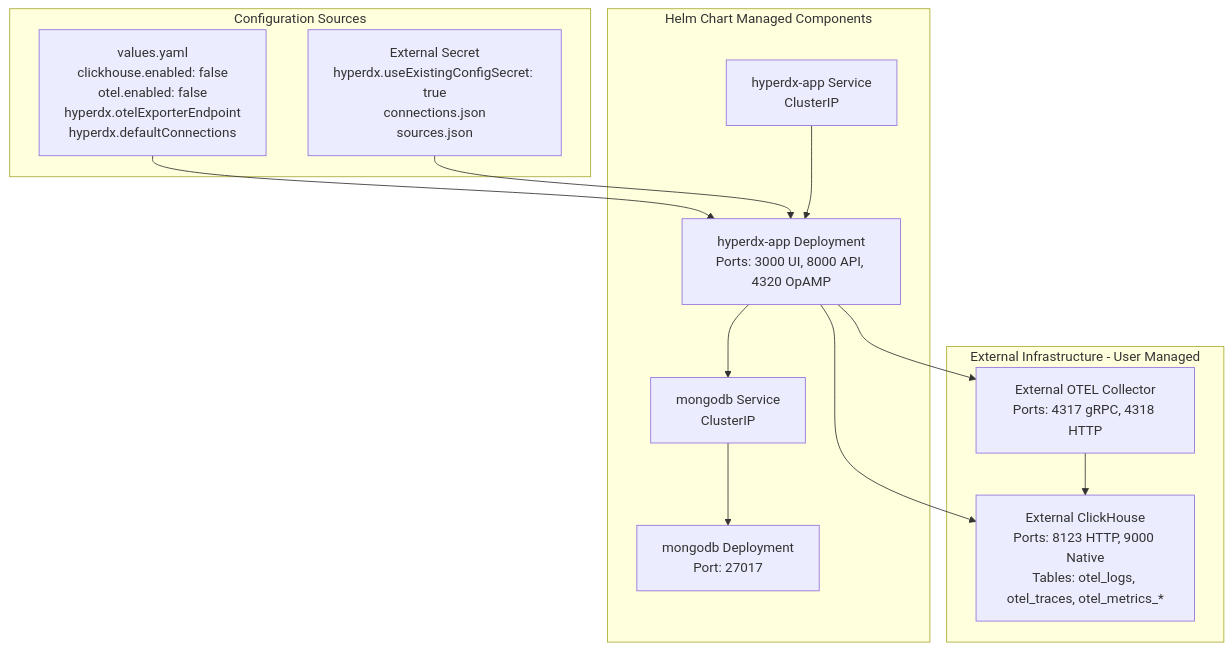
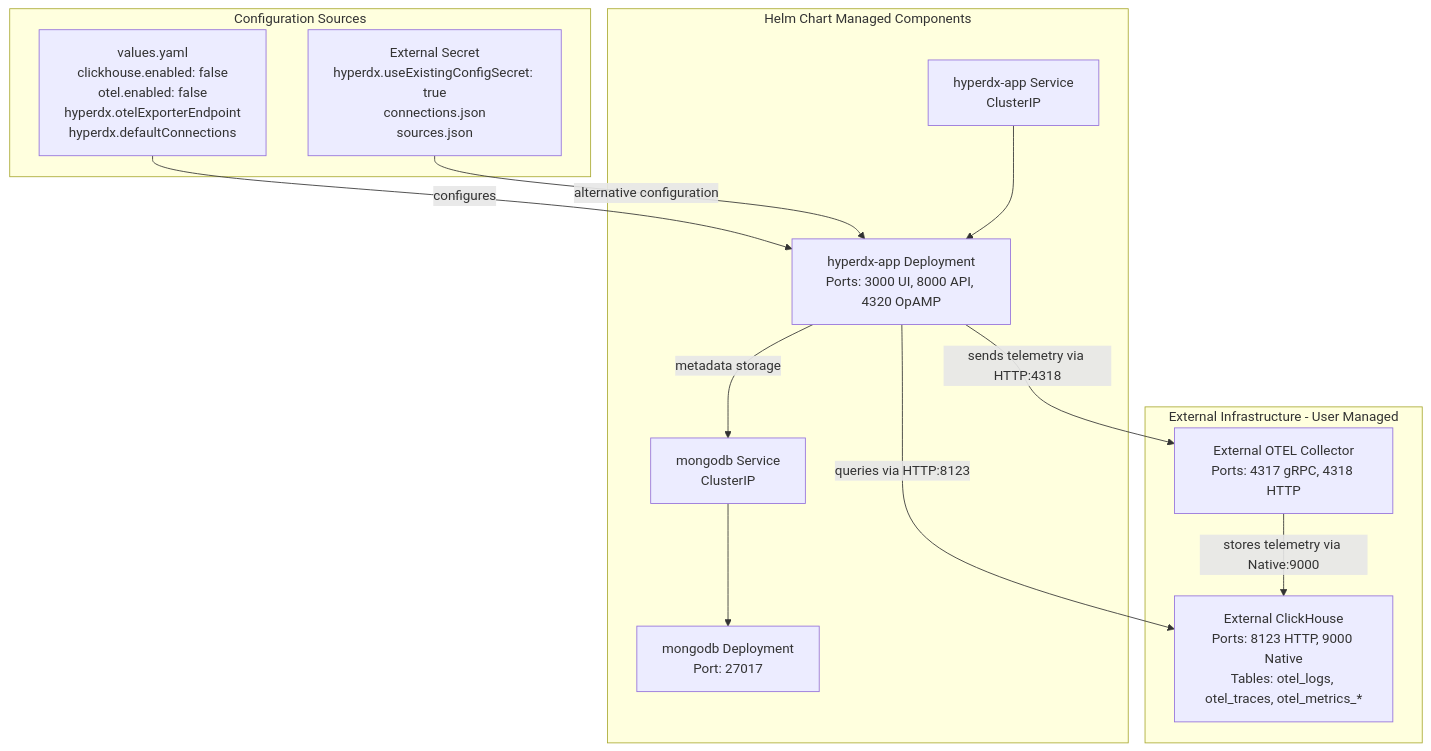
The first of 5 diagrams in docs/hyperdxio-helm-charts-docs/Minimal-Deployment.md (openchoreo/openchoreo), drawn with Mermaid before and after one commit. The commit also changed other lines of this file and 85 other files, not shown here.

Commit message:
feat: Add new workflow and specification templates, update Helm chart dependencies, and clarify documentation diagrams.

````diff
--- a/docs/hyperdxio-helm-charts-docs/Minimal-Deployment.md
+++ b/docs/hyperdxio-helm-charts-docs/Minimal-Deployment.md
@@ -23,38 +23,38 @@
 ```mermaid
 flowchart TD
 
 HyperDX["hyperdx-app Deployment<br>Ports: 3000 UI, 8000 API, 4320 OpAMP"]
 MongoDB["mongodb Deployment<br>Port: 27017"]
 MongoSvc["mongodb Service<br>ClusterIP"]
 AppSvc["hyperdx-app Service<br>ClusterIP"]
 ExtClickHouse["External ClickHouse<br>Ports: 8123 HTTP, 9000 Native<br>Tables: otel_logs, otel_traces, otel_metrics_*"]
 ExtOTEL["External OTEL Collector<br>Ports: 4317 gRPC, 4318 HTTP"]
 ValuesYAML["values.yaml<br>clickhouse.enabled: false<br>otel.enabled: false<br>hyperdx.otelExporterEndpoint<br>hyperdx.defaultConnections"]
 ExternalSecret["External Secret<br>hyperdx.useExistingConfigSecret: true<br>connections.json<br>sources.json"]
 
-HyperDX --> ExtClickHouse
-HyperDX --> ExtOTEL
-ValuesYAML --> HyperDX
-ExternalSecret --> HyperDX
+HyperDX -->|"queries via HTTP:8123"| ExtClickHouse
+HyperDX -->|"sends telemetry via HTTP:4318"| ExtOTEL
+ValuesYAML -->|"configures"| HyperDX
+ExternalSecret -->|"alternative configuration"| HyperDX
 
 subgraph subGraph2 ["Configuration Sources"]
     ValuesYAML
     ExternalSecret
 end
 
 subgraph subGraph1 ["External Infrastructure - User Managed"]
     ExtClickHouse
     ExtOTEL
-    ExtOTEL --> ExtClickHouse
+    ExtOTEL -->|"stores telemetry via Native:9000"| ExtClickHouse
 end
 
 subgraph subGraph0 ["Helm Chart Managed Components"]
     HyperDX
     MongoDB
     MongoSvc
     AppSvc
-    HyperDX --> MongoSvc
+    HyperDX -->|"metadata storage"| MongoSvc
     MongoSvc --> MongoDB
     AppSvc --> HyperDX
 end
 ```
````
